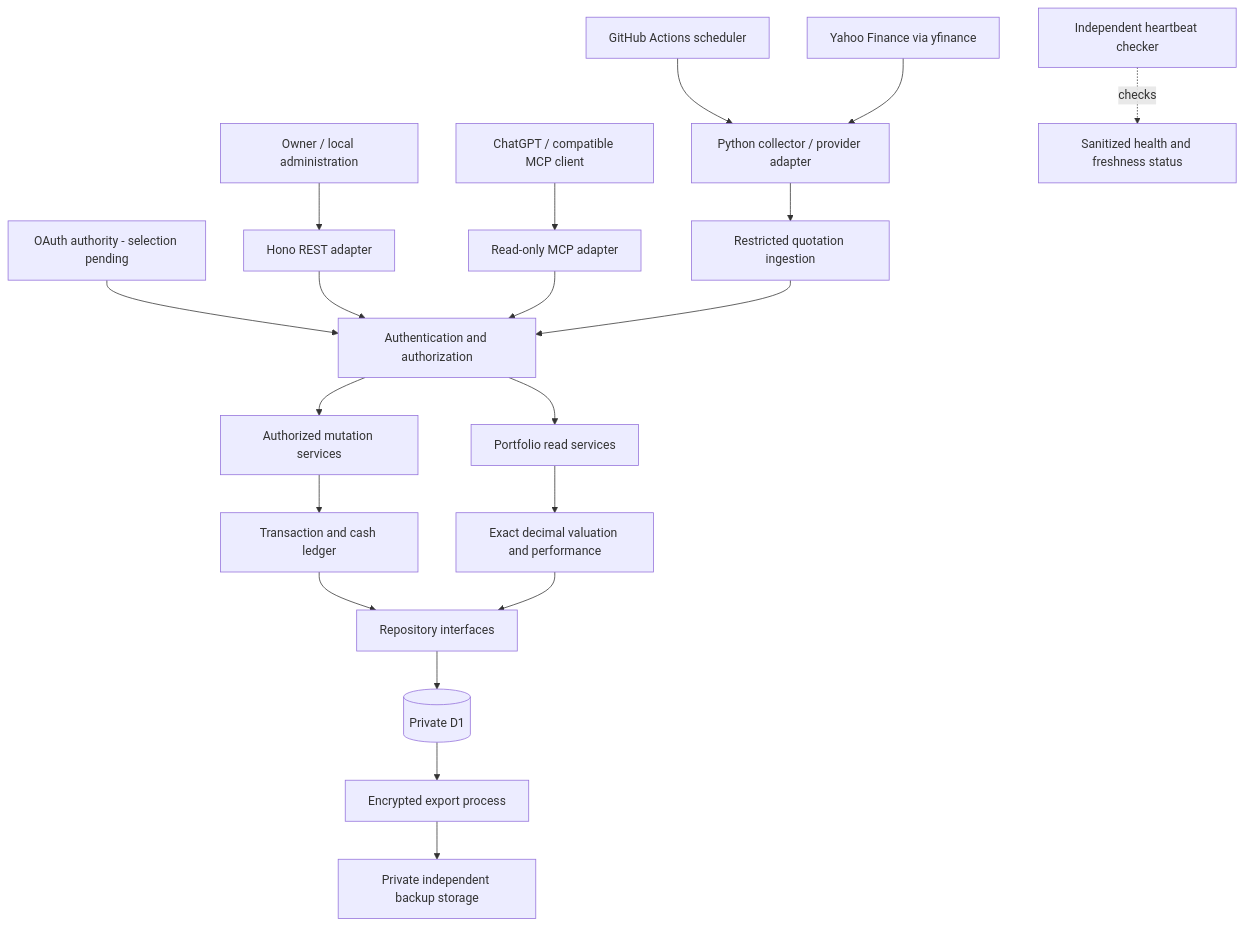
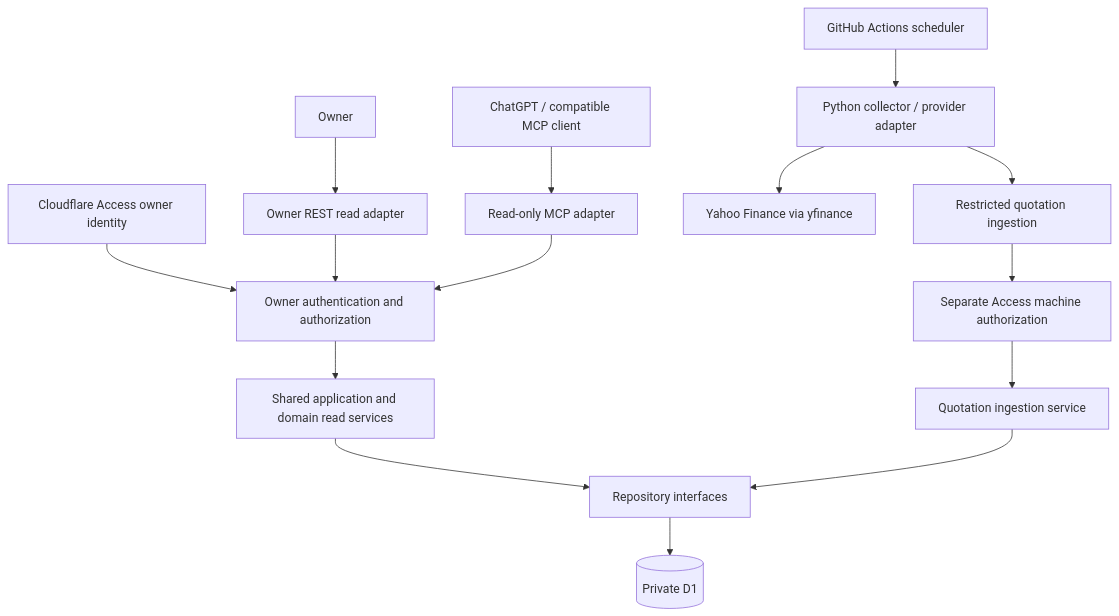
The diagram in aidd_docs/INSTALL.md (damienSavoldelli/pea-tracker), drawn with Mermaid before and after one commit. The commit also changed other lines of this file and 13 other files, not shown here.

Commit message:
docs: align PEA Tracker V1 state and V1.1 roadmap

````diff
--- a/aidd_docs/INSTALL.md
+++ b/aidd_docs/INSTALL.md
@@ -151,22 +176,17 @@
 ```mermaid
 flowchart TD
-    Owner[Owner / local administration] --> REST[Hono REST adapter]
+    Owner[Owner] --> REST[Owner REST read adapter]
     AI[ChatGPT / compatible MCP client] --> MCP[Read-only MCP adapter]
-    OAuth[OAuth authority - selection pending] --> Auth[Authentication and authorization]
+    OAuth[Cloudflare Access owner identity] --> Auth[Owner authentication and authorization]
     REST --> Auth
     MCP --> Auth
-    Auth --> Reads[Portfolio read services]
-    Auth --> Writes[Authorized mutation services]
-    Writes --> Ledger[Transaction and cash ledger]
-    Reads --> Finance[Exact decimal valuation and performance]
-    Ledger --> Repositories[Repository interfaces]
-    Finance --> Repositories
+    Auth --> Reads[Shared application and domain read services]
+    Reads --> Repositories[Repository interfaces]
     Repositories --> D1[(Private D1)]
     Actions[GitHub Actions scheduler] --> Collector[Python collector / provider adapter]
-    Provider[Yahoo Finance via yfinance] --> Collector
+    Collector --> Provider[Yahoo Finance via yfinance]
     Collector --> Ingest[Restricted quotation ingestion]
-    Ingest --> Auth
-    Monitor[Independent heartbeat checker] -. checks .-> Health[Sanitized health and freshness status]
-    D1 --> Backup[Encrypted export process]
-    Backup --> Independent[Private independent backup storage]
+    Ingest --> Machine[Separate Access machine authorization]
+    Machine --> Quotes[Quotation ingestion service]
+    Quotes --> Repositories
 ```
````
